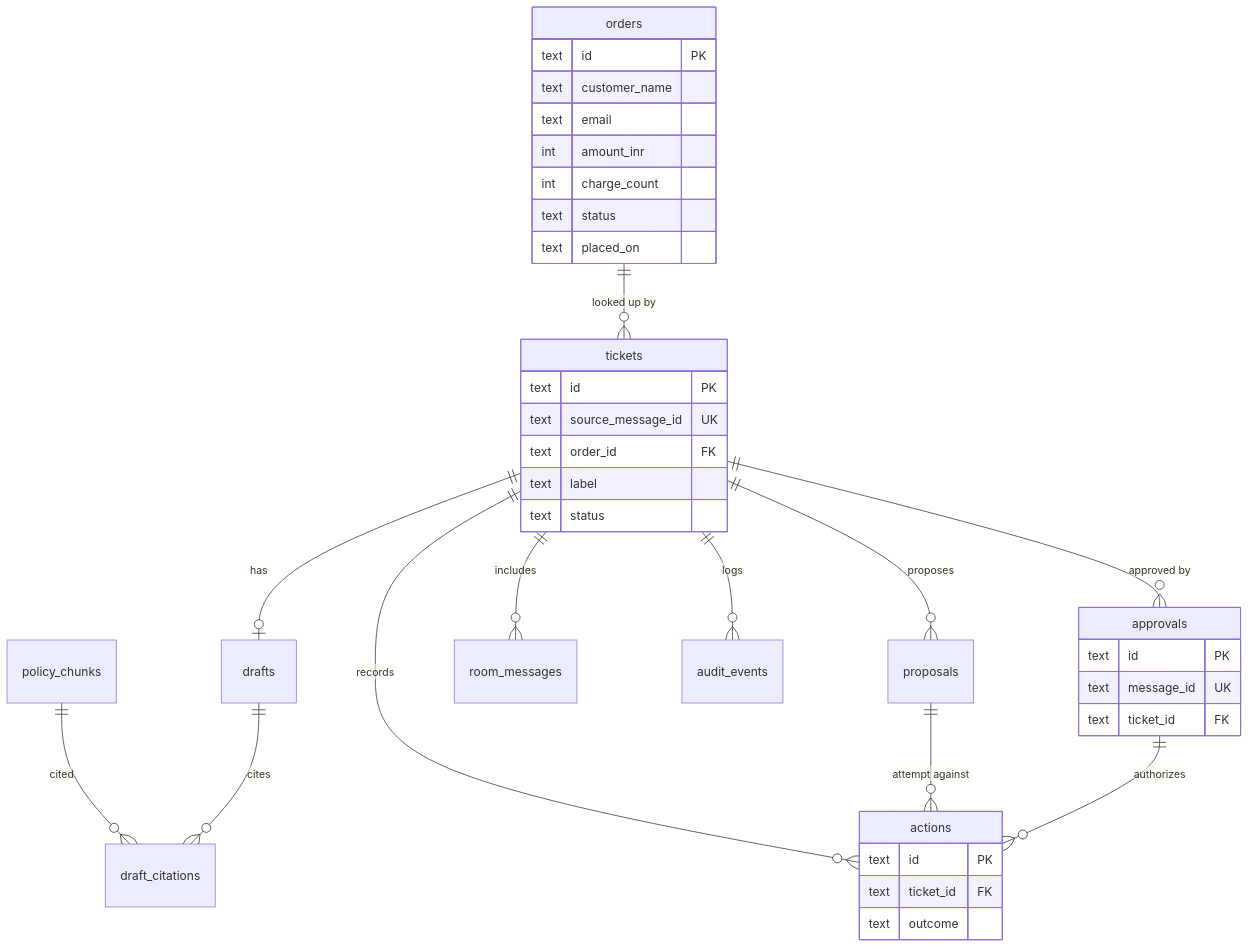
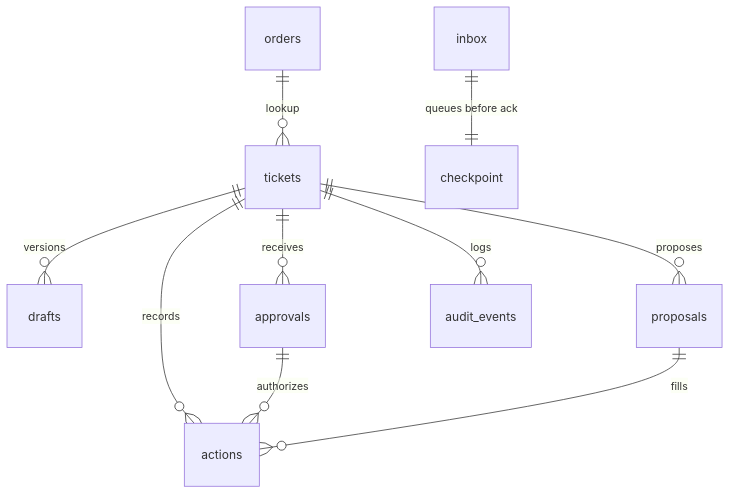
Before and after one commit to rohhitrz/triage-room: the diagram in docs/DATABASE_DESIGN.md, drawn with Mermaid. The commit also changed other lines of this file and 7 other files, not shown here.

````diff
--- a/docs/DATABASE_DESIGN.md
+++ b/docs/DATABASE_DESIGN.md
@@ -9,41 +7,12 @@
 ```mermaid
 erDiagram
-  orders ||--o{ tickets : "looked up by"
-  tickets ||--o| drafts : has
+  orders ||--o{ tickets : lookup
+  tickets ||--o{ drafts : versions
   tickets ||--o{ proposals : proposes
-  tickets ||--o{ approvals : "approved by"
+  tickets ||--o{ approvals : receives
   tickets ||--o{ actions : records
-  tickets ||--o{ room_messages : includes
   tickets ||--o{ audit_events : logs
-  proposals ||--o{ actions : "attempt against"
   approvals ||--o{ actions : authorizes
-  policy_chunks ||--o{ draft_citations : cited
-  drafts ||--o{ draft_citations : cites
-
-  orders {
-    text id PK
-    text customer_name
-    text email
-    int amount_inr
-    int charge_count
-    text status
-    text placed_on
-  }
-  tickets {
-    text id PK
-    text source_message_id UK
-    text order_id FK
-    text label
-    text status
-  }
-  approvals {
-    text id PK
-    text message_id UK
-    text ticket_id FK
-  }
-  actions {
-    text id PK
-    text ticket_id FK
-    text outcome
-  }
+  proposals ||--o{ actions : fills
+  inbox ||--|| checkpoint : "queues before ack"
 ```
````
